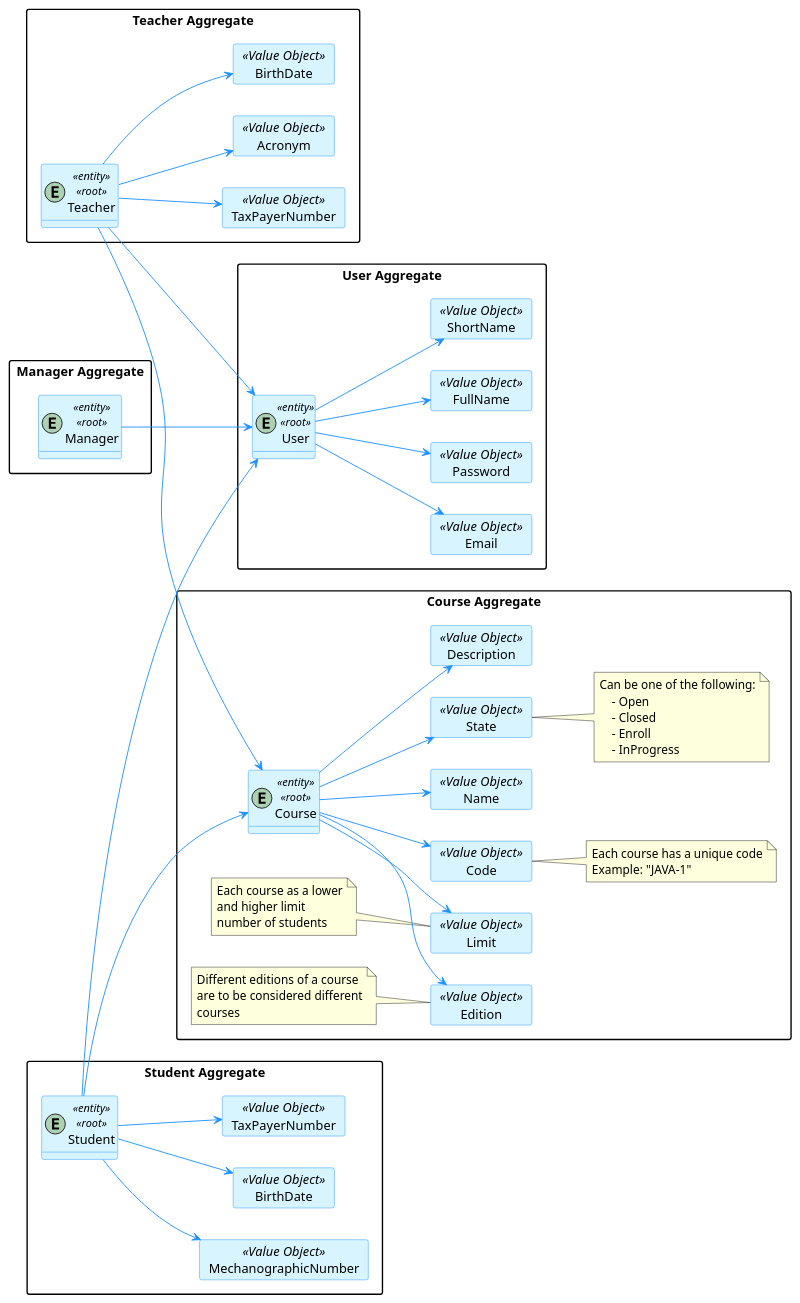
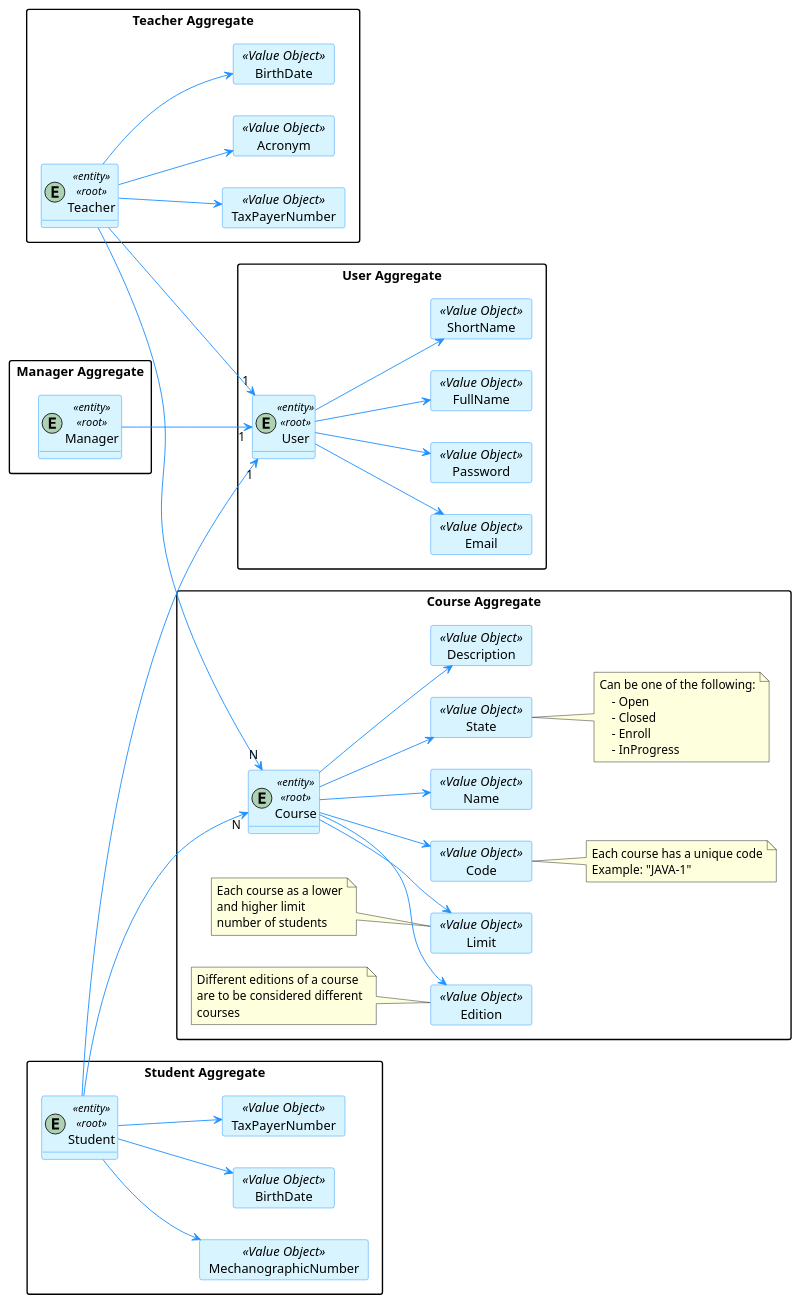
Before and after one commit to brunacosta03/sem4pi_22_23: the diagram in docs/1211201/DomainModel.puml, drawn with PlantUML.

Commit message:
docs: course edition refactoring, cardinality through aggregates #2

```diff
--- a/docs/1211201/DomainModel.puml
+++ b/docs/1211201/DomainModel.puml
@@ -1,147 +1,148 @@
 @startuml "User and Course Aggregates"
 
 hide methods
 left to right direction
 
 skinparam classAttributeIconSize 0
 
 skinparam class {
     LifeLineBorderColor DodgerBlue
     LifeLineBackgroundColor APPLICATION
     BackgroundColor #D8F5FF
     ArrowColor DodgerBlue
     BorderColor DodgerBlue
 }
 
 skinparam packageStyle rectangle
 skinparam card {
     LifeLineBorderColor DodgerBlue
     LifeLineBackgroundColor APPLICATION
     BackgroundColor #D8F5FF
     ArrowColor DodgerBlue
     BorderColor DodgerBlue
 }
 
 
 package "User Aggregate"{
     entity User <<entity>><<root>>
 
 'User value objects
     card Email <<Value Object>>{
     }
     card Password <<Value Object>>{
     }
     card FullName <<Value Object>>{
     }
     card ShortName <<Value Object>>{
     }
 
     User --> Email
     User --> Password
     User --> FullName
     User --> ShortName
 
 }
 
 package "Course Aggregate"{
     entity Course <<entity>><<root>>
 
     'Course value objects
     card Code <<Value Object>> {
     }
     card Name <<Value Object>>{
     }
     card State <<Value Object>>{
     }
     card Description <<Value Object>>{
     }
     card Limit <<Value Object>>{
     }
     card Edition <<Value Object>>{
     }
 
 
     Course --> Name
     Course --> State
     Course --> Description
     Course --> Limit
     Course --> Code
+    Course --> Edition
 
     note right of State
         Can be one of the following:
             - Open
             - Closed
             - Enroll
             - InProgress
     end note
 
     note left of Limit
         Each course as a lower
         and higher limit
         number of students
     end note
 
     note right of Code
         Each course has a unique code
         Example: "JAVA-1"
     end note
 
     note left of Edition
         Different editions of a course
         are to be considered different
         courses
     end note
 
 
 }
 
 package "Teacher Aggregate"{
 
     entity Teacher <<entity>><<root>>
 
     'Teacher value objects
     card Acronym <<Value Object>>{
     }
     card BirthDate <<Value Object>>{
     }
     card TaxPayerNumber <<Value Object>>{
     }
     Teacher --> BirthDate
     Teacher --> TaxPayerNumber
     Teacher --> Acronym
 
 }
 
 package "Manager Aggregate"{
 
     entity Manager <<entity>><<root>>
 
 }
 
 package "Student Aggregate"{
 
     entity Student <<entity>><<root>>
     'Student value objects
     card BirthDate <<Value Object>>{
     }
     card TaxPayerNumber <<Value Object>>{
     }
     card MechanographicNumber <<Value Object>>{
     }
     Student --> BirthDate
     Student --> TaxPayerNumber
     Student --> MechanographicNumber
 
 }
 
-    'Every system actor is a user
-    Teacher --> User
-    Manager --> User
-    Student --> User
+    'Every system actor has a user object associated (composition)
+    Teacher --> "1" User
+    Manager --> "1" User
+    Student --> "1" User
 
-    Teacher --> Course
-    Student --> Course
+    Teacher --> "N" Course
+    Student --> "N" Course
 
-    Course --> Edition
+
 
 @enduml
```
